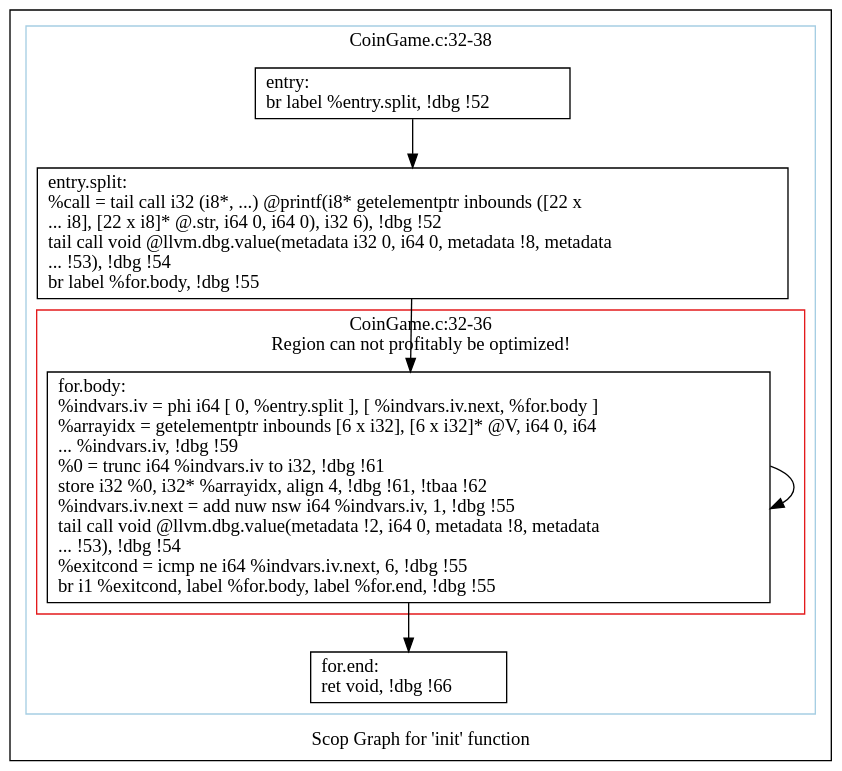
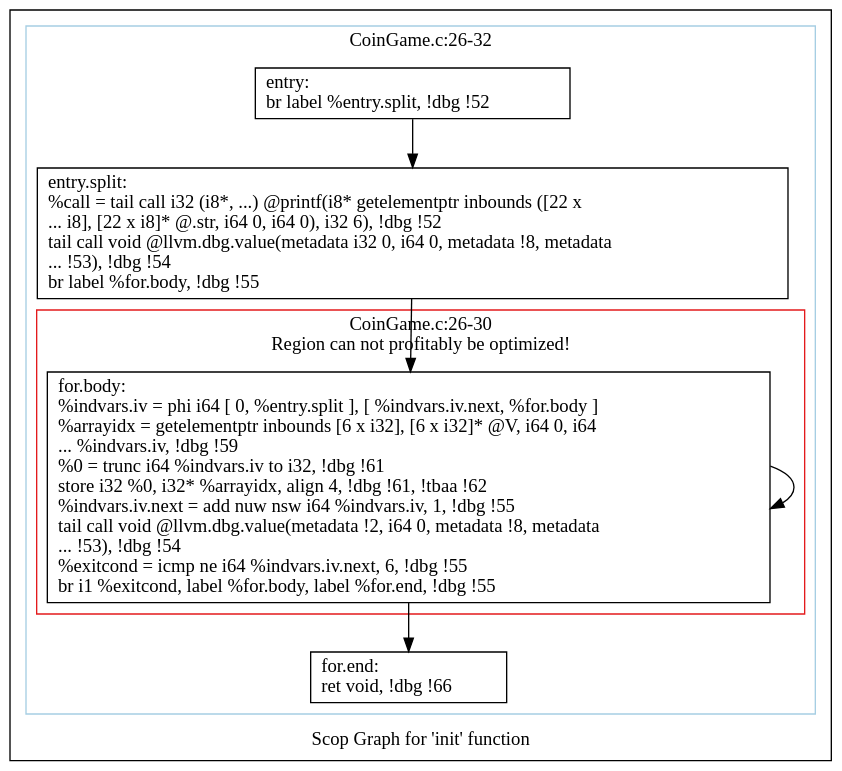
One commit to samminweng/WhileyOpenCL changed the diagram in polly/CoinGame/impl/handwritten/dot/scops.init.dot. Above: the diagram before and after it, drawn with Graphviz. The commit also changed 24 other files, not shown here.

```diff
--- a/polly/CoinGame/impl/handwritten/dot/scops.init.dot
+++ b/polly/CoinGame/impl/handwritten/dot/scops.init.dot
@@ -1,29 +1,29 @@
 digraph "Scop Graph for 'init' function" {
 	label="Scop Graph for 'init' function";
 
-	Node0x93e97d0 [shape=record,label="{entry:\l  br label %entry.split, !dbg !52\l}"];
-	Node0x93e97d0 -> Node0x93c67d0;
-	Node0x93c67d0 [shape=record,label="{entry.split:                                      \l  %call = tail call i32 (i8*, ...) @printf(i8* getelementptr inbounds ([22 x\l... i8], [22 x i8]* @.str, i64 0, i64 0), i32 6), !dbg !52\l  tail call void @llvm.dbg.value(metadata i32 0, i64 0, metadata !8, metadata\l... !53), !dbg !54\l  br label %for.body, !dbg !55\l}"];
-	Node0x93c67d0 -> Node0x93bcfc0;
-	Node0x93bcfc0 [shape=record,label="{for.body:                                         \l  %indvars.iv = phi i64 [ 0, %entry.split ], [ %indvars.iv.next, %for.body ]\l  %arrayidx = getelementptr inbounds [6 x i32], [6 x i32]* @V, i64 0, i64\l... %indvars.iv, !dbg !59\l  %0 = trunc i64 %indvars.iv to i32, !dbg !61\l  store i32 %0, i32* %arrayidx, align 4, !dbg !61, !tbaa !62\l  %indvars.iv.next = add nuw nsw i64 %indvars.iv, 1, !dbg !55\l  tail call void @llvm.dbg.value(metadata !2, i64 0, metadata !8, metadata\l... !53), !dbg !54\l  %exitcond = icmp ne i64 %indvars.iv.next, 6, !dbg !55\l  br i1 %exitcond, label %for.body, label %for.end, !dbg !55\l}"];
-	Node0x93bcfc0 -> Node0x93bcfc0[constraint=false];
-	Node0x93bcfc0 -> Node0x93c6190;
-	Node0x93c6190 [shape=record,label="{for.end:                                          \l  ret void, !dbg !66\l}"];
+	Node0x9186a50 [shape=record,label="{entry:\l  br label %entry.split, !dbg !52\l}"];
+	Node0x9186a50 -> Node0x9174950;
+	Node0x9174950 [shape=record,label="{entry.split:                                      \l  %call = tail call i32 (i8*, ...) @printf(i8* getelementptr inbounds ([22 x\l... i8], [22 x i8]* @.str, i64 0, i64 0), i32 6), !dbg !52\l  tail call void @llvm.dbg.value(metadata i32 0, i64 0, metadata !8, metadata\l... !53), !dbg !54\l  br label %for.body, !dbg !55\l}"];
+	Node0x9174950 -> Node0x9192480;
+	Node0x9192480 [shape=record,label="{for.body:                                         \l  %indvars.iv = phi i64 [ 0, %entry.split ], [ %indvars.iv.next, %for.body ]\l  %arrayidx = getelementptr inbounds [6 x i32], [6 x i32]* @V, i64 0, i64\l... %indvars.iv, !dbg !59\l  %0 = trunc i64 %indvars.iv to i32, !dbg !61\l  store i32 %0, i32* %arrayidx, align 4, !dbg !61, !tbaa !62\l  %indvars.iv.next = add nuw nsw i64 %indvars.iv, 1, !dbg !55\l  tail call void @llvm.dbg.value(metadata !2, i64 0, metadata !8, metadata\l... !53), !dbg !54\l  %exitcond = icmp ne i64 %indvars.iv.next, 6, !dbg !55\l  br i1 %exitcond, label %for.body, label %for.end, !dbg !55\l}"];
+	Node0x9192480 -> Node0x9192480[constraint=false];
+	Node0x9192480 -> Node0x918de30;
+	Node0x918de30 [shape=record,label="{for.end:                                          \l  ret void, !dbg !66\l}"];
 	colorscheme = "paired12"
-        subgraph cluster_0x93c6ca0 {
-          label = "CoinGame.c:32-38
+        subgraph cluster_0x9199810 {
+          label = "CoinGame.c:26-32
 ";
           style = solid;
           color = 1
-          subgraph cluster_0x93da790 {
-            label = "CoinGame.c:32-36
+          subgraph cluster_0x9176760 {
+            label = "CoinGame.c:26-30
 Region can not profitably be optimized!";
             style = solid;
             color = 6
-            Node0x93bcfc0;
+            Node0x9192480;
           }
-          Node0x93e97d0;
-          Node0x93c67d0;
-          Node0x93c6190;
+          Node0x9186a50;
+          Node0x9174950;
+          Node0x918de30;
         }
 }
```
